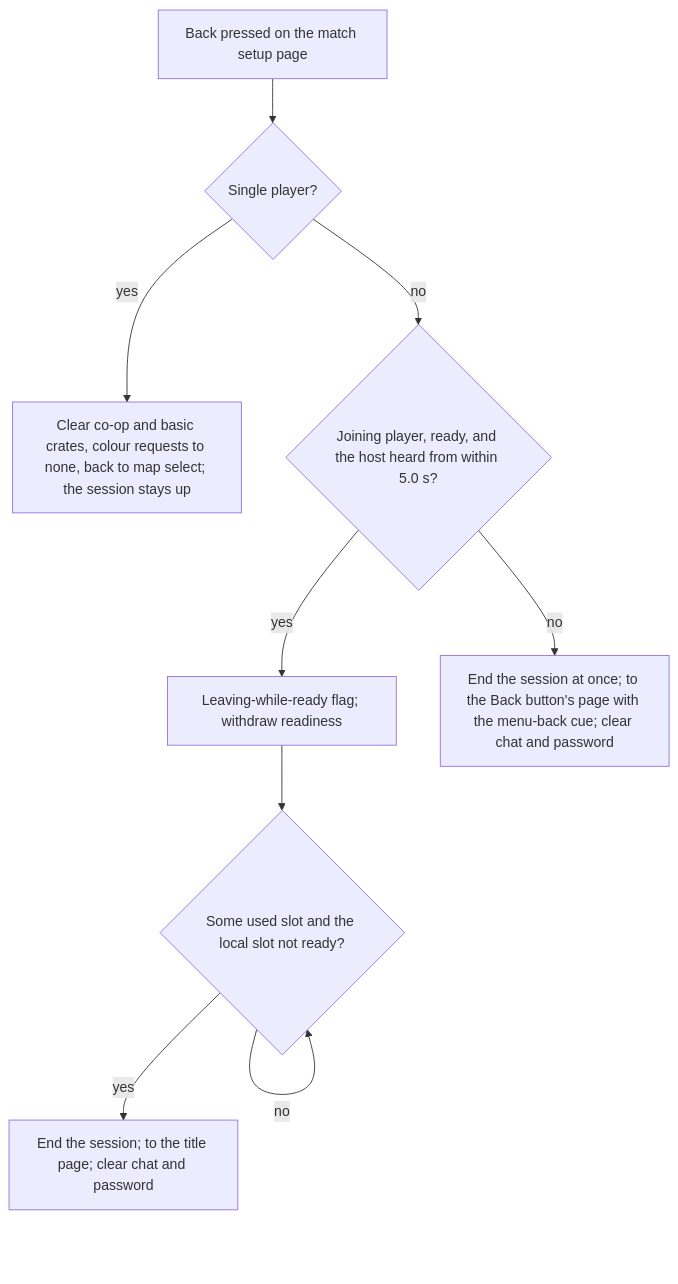
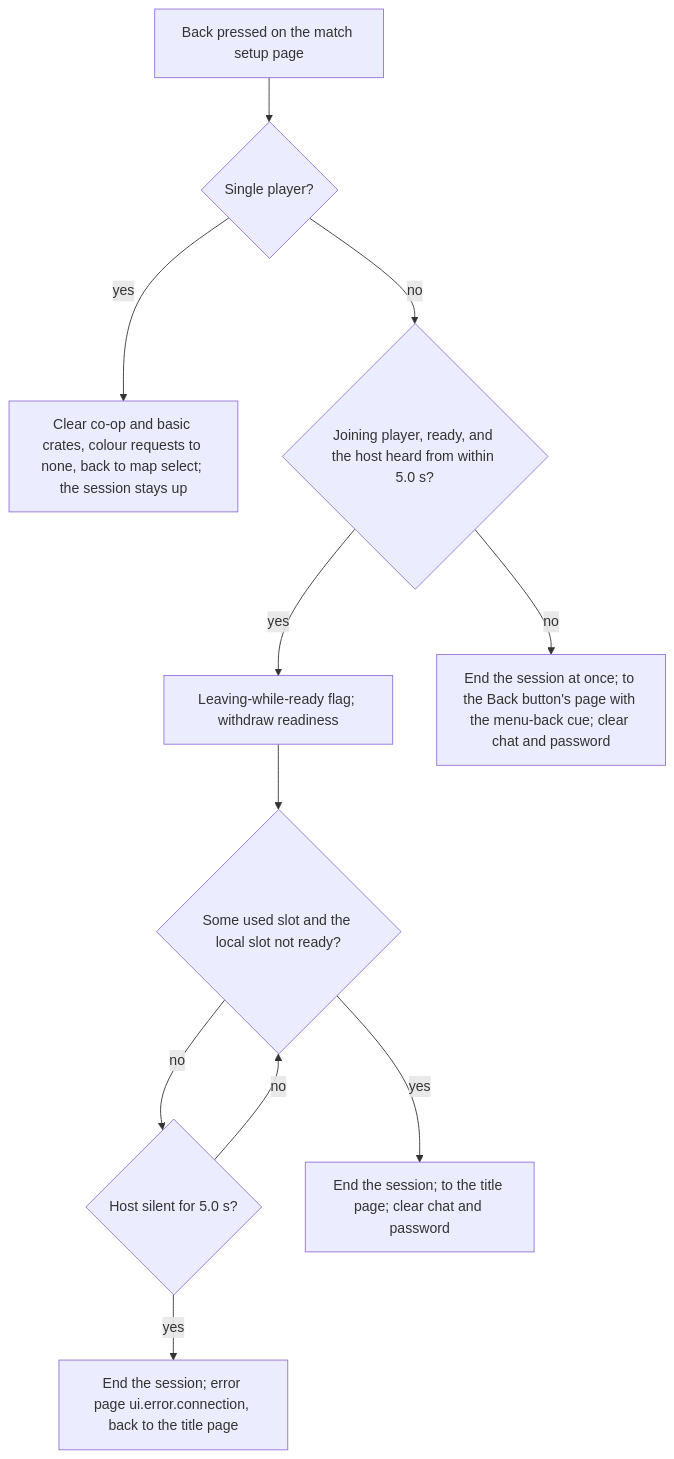
Before and after one commit to Zwaliebaba/Species.AI: the eighth of 9 diagrams in design_next/reference/09_front_end_and_match_flow/screen_flow_and_match_setup.md, drawn with Mermaid. The commit also changed other lines of this file and 50 other files, not shown here.

````diff
--- a/design_next/reference/09_front_end_and_match_flow/screen_flow_and_match_setup.md
+++ b/design_next/reference/09_front_end_and_match_flow/screen_flow_and_match_setup.md
@@ -755,11 +755,13 @@
 ```mermaid
 flowchart TD
     A["Back pressed on the match setup page"] --> B{"Single player?"}
     B -- "yes" --> SP["Clear co-op and basic crates, colour requests to none, back to map select; the session stays up"]
     B -- "no" --> C{"Joining player, ready, and the host heard from within 5.0 s?"}
     C -- "yes" --> D["Leaving-while-ready flag; withdraw readiness"]
     D --> E{"Some used slot and the local slot not ready?"}
-    E -- "no" --> E
+    E -- "no" --> H{"Host silent for 5.0 s?"}
+    H -- "no" --> E
+    H -- "yes" --> X["End the session; error page ui.error.connection, back to the title page"]
     E -- "yes" --> F["End the session; to the title page; clear chat and password"]
     C -- "no" --> G["End the session at once; to the Back button's page with the menu-back cue; clear chat and password"]
 ```
````
